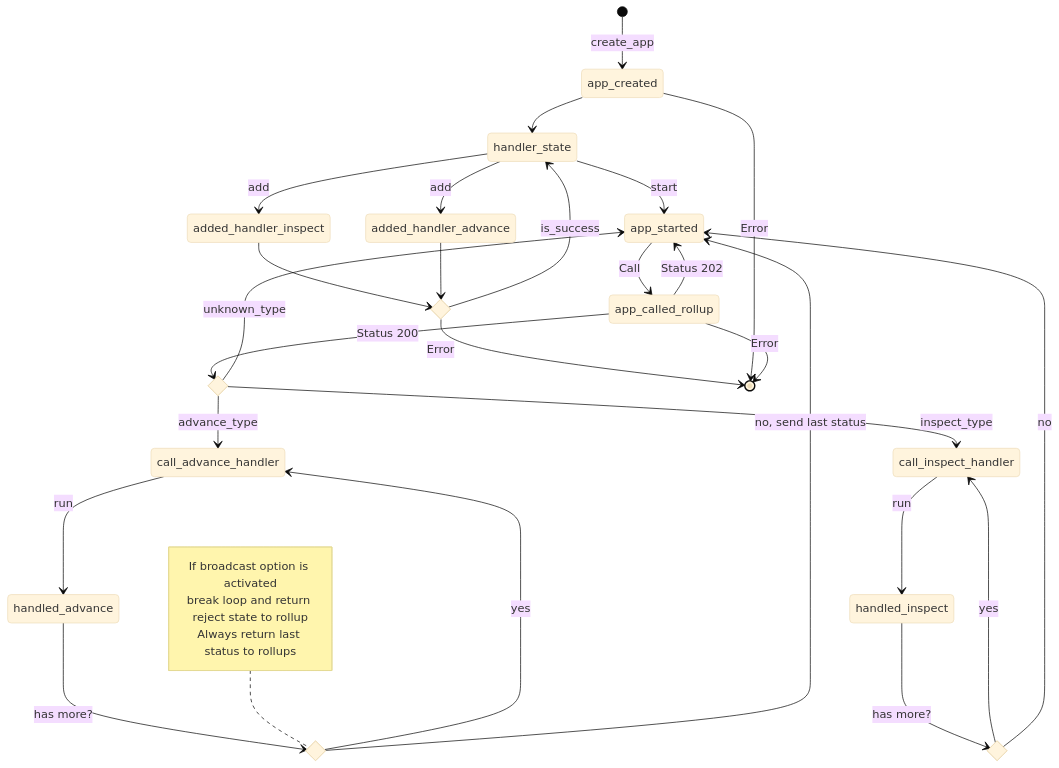
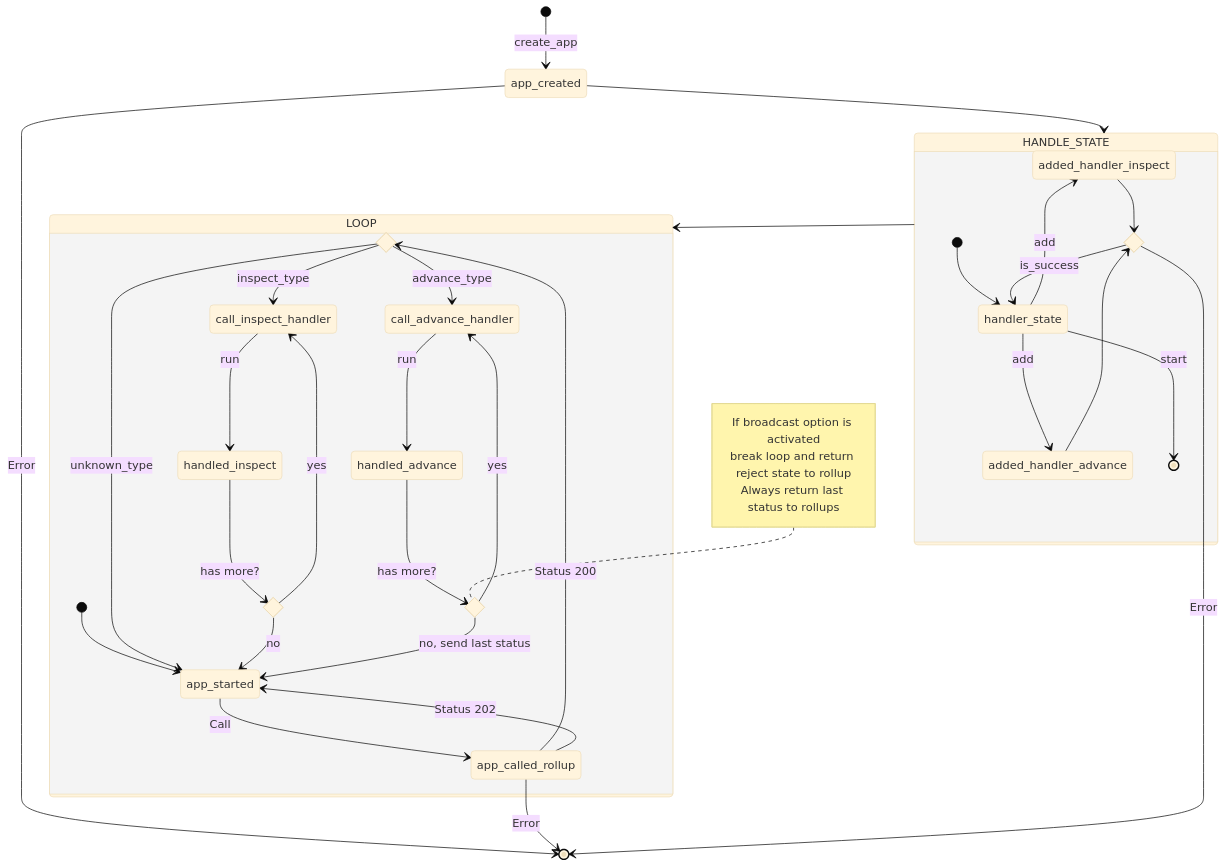
Before and after one commit to Calindra/deroll: the diagram in README.md, drawn with Mermaid (base theme).

Commit message:
docs: Update mermaid

````diff
--- a/README.md
+++ b/README.md
@@ -141,63 +141,74 @@
 ```mermaid
 stateDiagram-v2
+    direction TB
     A: app_created
 
     E: added_handler_inspect
     F: added_handler_advance
 
     state is_added <<choice>>
     state request_type <<choice>>
     state has_handler_inspect <<choice>>
     state has_handler_advanced <<choice>>
     
     G: app_started
     C: app_called_rollup
 
     ADH: call_advance_handler
     INH: call_inspect_handler
 
-    H: handler_state
+    X: handler_state
+
+    state HANDLE_STATE {
+        [*] --> X
+
+        X --> F: add
+        X --> E: add
+
+        E --> is_added
+        F --> is_added
+
+        is_added --> X: is_success
+        
+        
+        X --> [*]: start
+    }
+
+    state LOOP {
+        [*] --> G
+        G --> C : Call
+        C --> request_type : Status 200
+        C --> G: Status 202
+
+        request_type --> ADH: advance_type
+        request_type --> INH: inspect_type
+        request_type --> G: unknown_type
+
+        INH --> handled_inspect: run
+        ADH --> handled_advance: run
+
+        handled_inspect --> has_handler_inspect : has more?
+        handled_advance --> has_handler_advanced : has more?
+
+        has_handler_inspect --> INH: yes
+        has_handler_inspect --> G: no
+        
+        has_handler_advanced --> ADH: yes
+        has_handler_advanced --> G: no, send last status
+
+        note left of has_handler_advanced
+        If broadcast option is activated
+        break loop and return reject state to rollup
+        Always return last status to rollups
+        end note
+    }
 
     [*] --> A : create_app
-    A --> H
-    
-    H --> F: add
-    H --> E: add
-    
-    E --> is_added
-    F --> is_added
+    A --> HANDLE_STATE
+    HANDLE_STATE --> LOOP
 
-    is_added --> H: is_success
-    is_added --> [*]: Error
-
-    H --> G: start
-
-    G --> C : Call
-    C --> request_type : Status 200
-    C --> G: Status 202
-
-    request_type --> ADH: advance_type
-    request_type --> INH: inspect_type
-    request_type --> G: unknown_type
-
-    INH --> handled_inspect: run
-    ADH --> handled_advance: run
-
-    handled_inspect --> has_handler_inspect : has more?
-    handled_advance --> has_handler_advanced : has more?
-
-    has_handler_inspect --> INH: yes
-    has_handler_inspect --> G: no
-    
-    has_handler_advanced --> ADH: yes
-    has_handler_advanced --> G: no, send last status
-
-    note left of has_handler_advanced
-      If broadcast option is activated
-      break loop and return reject state to rollup
-      Always return last status to rollups
-    end note
 
     A --> [*] : Error
     C --> [*] : Error
+    is_added --> [*]: Error
 ```
````
